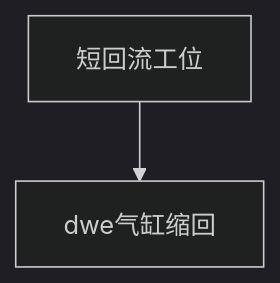
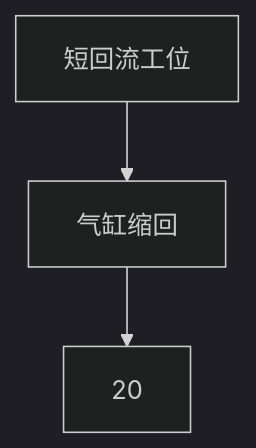
Before and after one commit to zmq000/iodraw-files: the diagram in all/未命名.md, drawn with Mermaid (dark theme).

Commit message:
2026-06-17 20:56:42 update

````diff
--- a/all/未命名.md
+++ b/all/未命名.md
@@ -1,5 +1,6 @@
 ```mermaid
 graph TD
 0[短回流工位]-->10
-10[dwe气缸缩回]
+10[气缸缩回]-->20
+20
 ```
````
